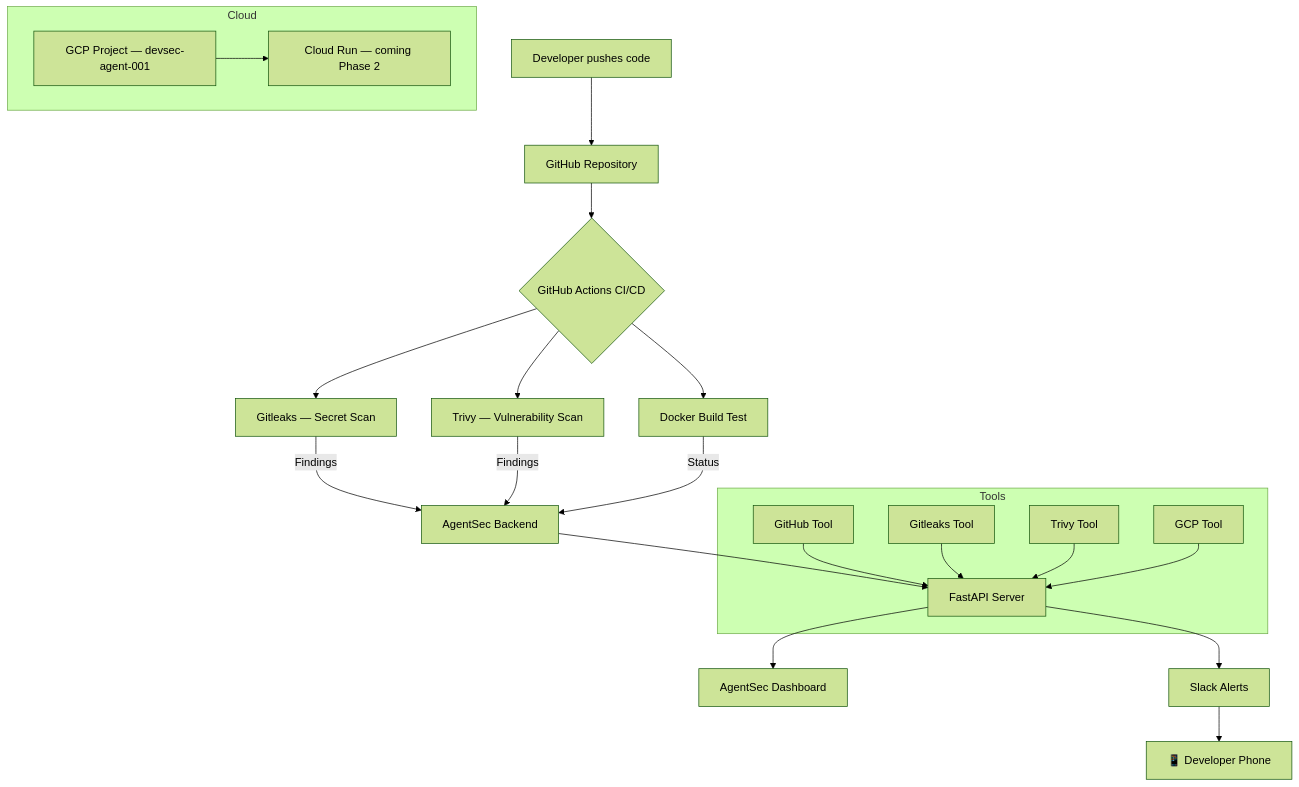
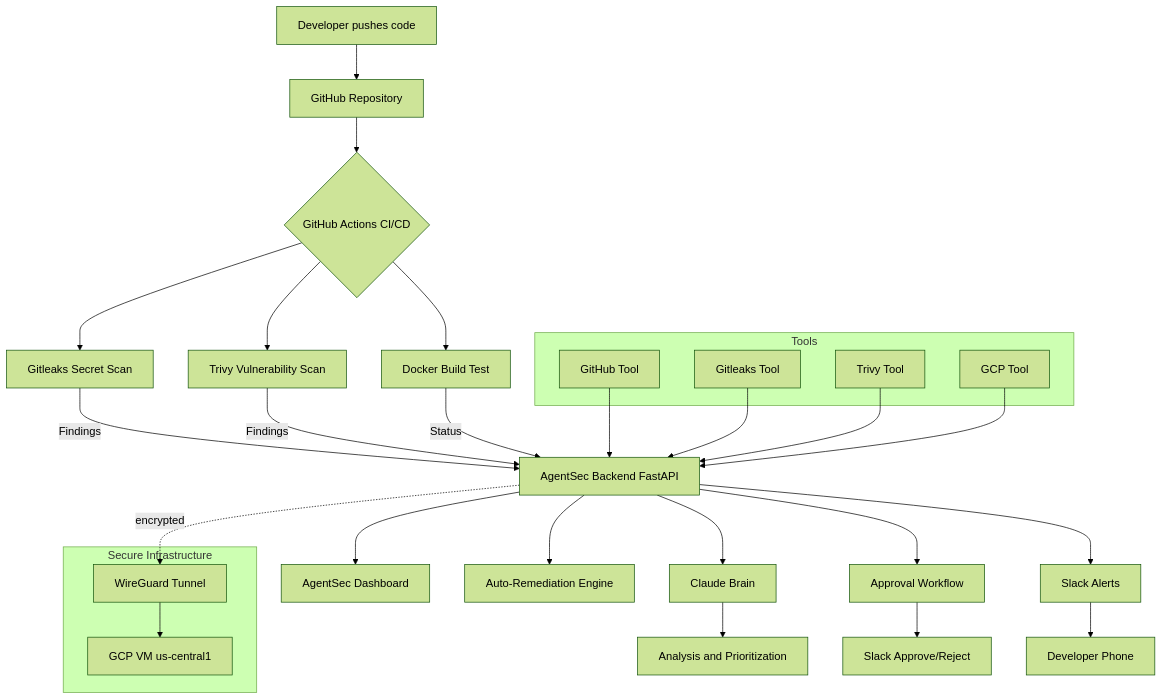
Before and after one commit to ashNikov/devsec-agent: the first of 2 diagrams in README.md, drawn with Mermaid (forest theme). The commit also changed other lines of this file, not shown here.

First line of the commit message:
Update README — Phase 2 complete, ashNikov Technologies branding

````diff
--- a/README.md
+++ b/README.md
@@ -10,28 +35,40 @@
 ```mermaid
 graph TD
     A[Developer pushes code] --> B[GitHub Repository]
     B --> C{GitHub Actions CI/CD}
-    C --> D[Gitleaks — Secret Scan]
-    C --> E[Trivy — Vulnerability Scan]
+    C --> D[Gitleaks Secret Scan]
+    C --> E[Trivy Vulnerability Scan]
     C --> F[Docker Build Test]
-    D -->|Findings| G[AgentSec Backend]
+
+    G[AgentSec Backend FastAPI] --> H[Claude Brain]
+    H --> I[Analysis and Prioritization]
+
+    D -->|Findings| G
     E -->|Findings| G
     F -->|Status| G
-    G --> H[FastAPI Server]
-    H --> I[AgentSec Dashboard]
-    H --> J[Slack Alerts]
-    J --> K[📱 Developer Phone]
+
+    G --> J[AgentSec Dashboard]
+    G --> K[Auto-Remediation Engine]
+    G --> L[Approval Workflow]
+    L --> M[Slack Approve/Reject]
+    G --> N[Slack Alerts]
+    N --> O[Developer Phone]
 
     subgraph Tools
-        L[GitHub Tool] --> H
-        M[Gitleaks Tool] --> H
-        N[Trivy Tool] --> H
-        O[GCP Tool] --> H
+        T1[GitHub Tool]
+        T2[Gitleaks Tool]
+        T3[Trivy Tool]
+        T4[GCP Tool]
     end
+    T1 --> G
+    T2 --> G
+    T3 --> G
+    T4 --> G
 
-    subgraph Cloud
-        P[GCP Project — devsec-agent-001]
-        Q[Cloud Run — coming Phase 2]
-        P --> Q
+    subgraph SecureInfra[Secure Infrastructure]
+        W1[WireGuard Tunnel]
+        W2[GCP VM us-central1]
+        W1 --> W2
     end
+    G -.encrypted.-> W1
 ```
````
